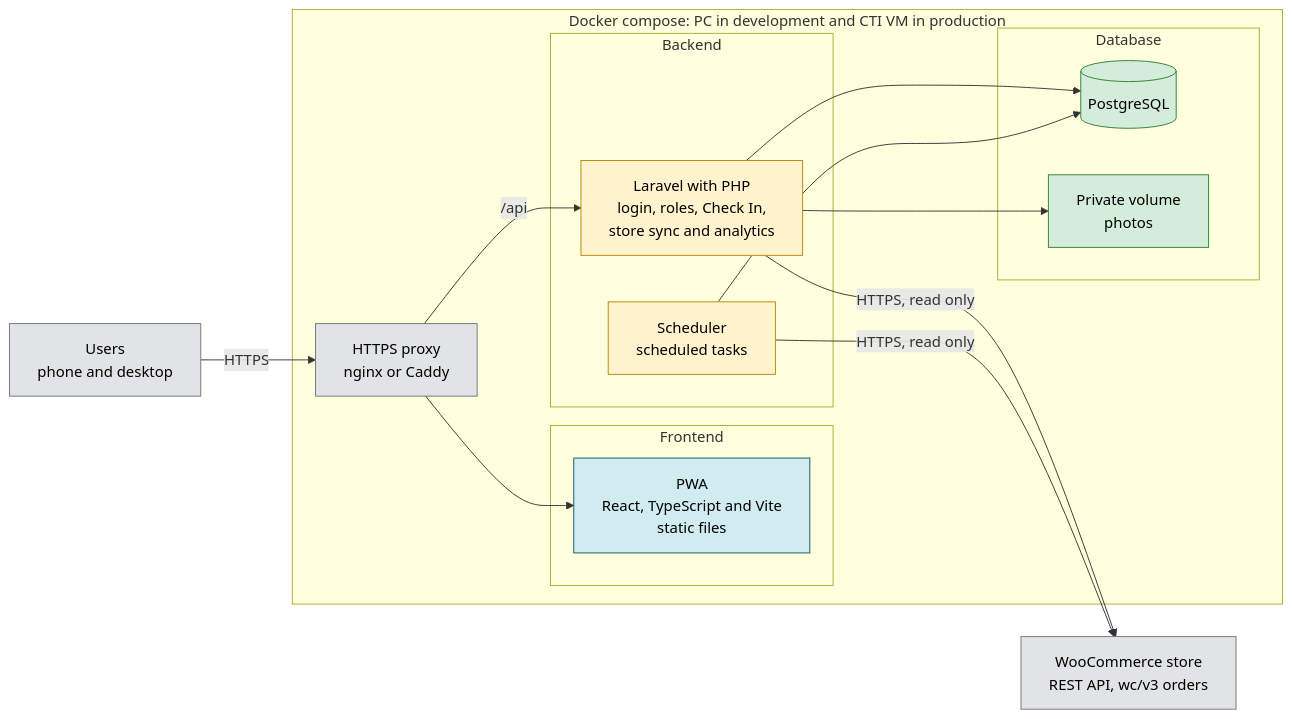
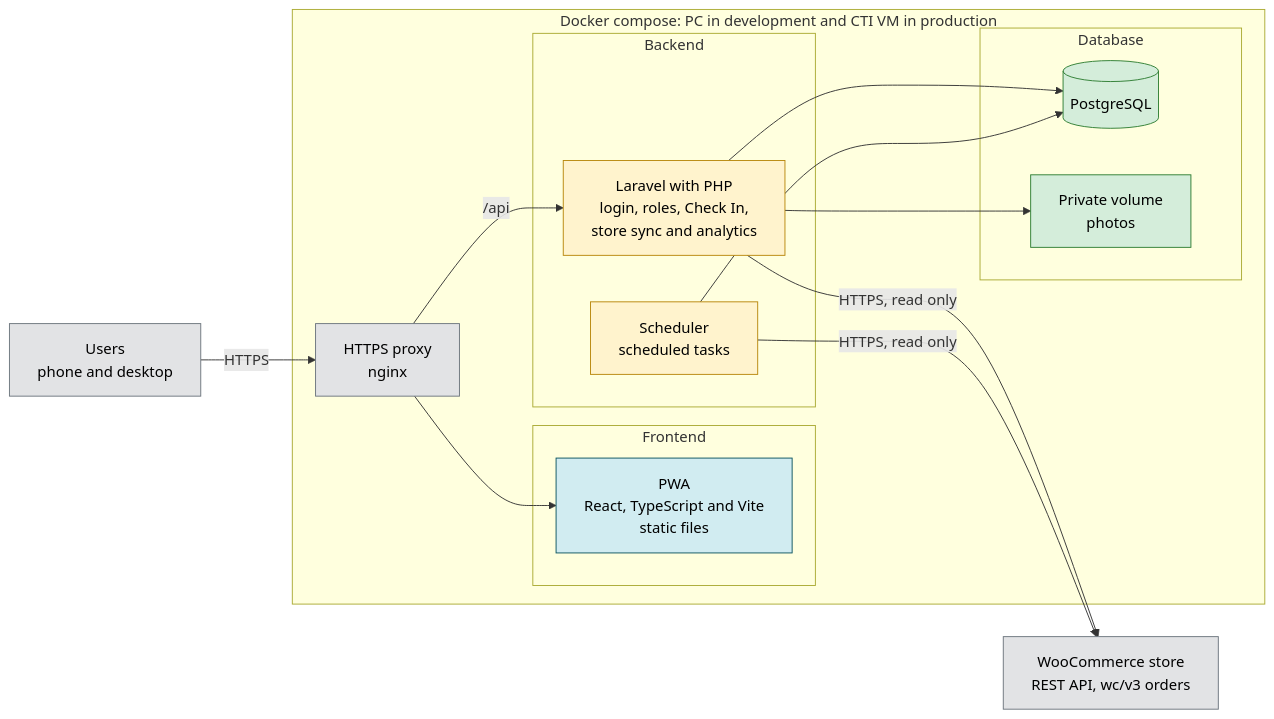
Before and after one commit to Th3-Minorities/natatorio-gym-app: the diagram in docs/context.md, drawn with Mermaid. The commit also changed other lines of this file and 11 other files, not shown here.

````diff
--- a/docs/context.md
+++ b/docs/context.md
@@ -140,42 +140,42 @@
 ```mermaid
 flowchart LR
   USER["Users<br/>phone and desktop"]
 
   subgraph DOCKER["Docker compose: PC in development and CTI VM in production"]
-    PX["HTTPS proxy<br/>nginx or Caddy"]
+    PX["HTTPS proxy<br/>nginx"]
 
     subgraph FRONT["Frontend"]
       F1["PWA<br/>React, TypeScript and Vite<br/>static files"]
     end
 
     subgraph BACK["Backend"]
       B1["Laravel with PHP<br/>login, roles, Check In,<br/>store sync and analytics"]
       B2["Scheduler<br/>scheduled tasks"]
     end
 
     subgraph DATA["Database"]
       D1[("PostgreSQL")]
       D2["Private volume<br/>photos"]
     end
   end
 
   STORE["WooCommerce store<br/>REST API, wc/v3 orders"]
 
   USER -->|"HTTPS"| PX
   PX --> F1
   PX -->|"/api"| B1
   B1 --> D1
   B1 --> D2
   B2 --> D1
   B1 -->|"HTTPS, read only"| STORE
   B2 -->|"HTTPS, read only"| STORE
 
   classDef front fill:#d1ecf1,stroke:#0c5460,color:#000
   classDef back fill:#fff3cd,stroke:#b8860b,color:#000
   classDef data fill:#d4edda,stroke:#2e7d32,color:#000
   classDef host fill:#e2e3e5,stroke:#6c757d,color:#000
   class F1 front
   class B1,B2 back
   class D1,D2 data
   class PX,USER,STORE host
 ```
````
